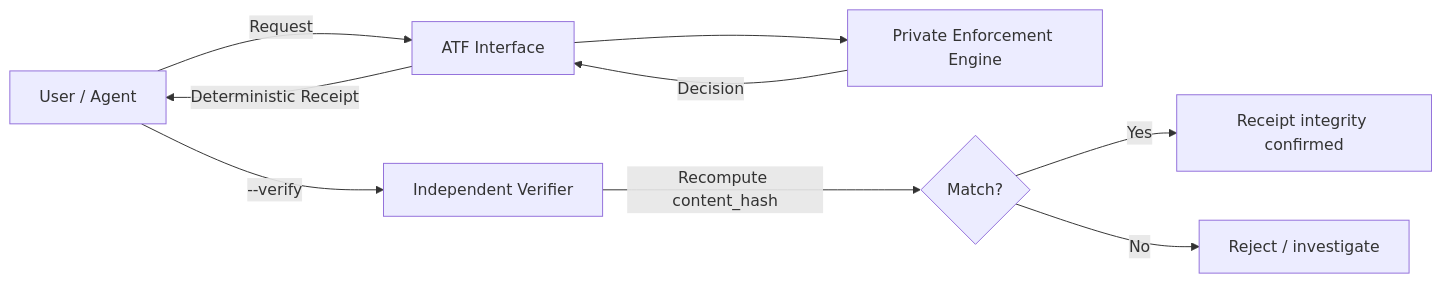
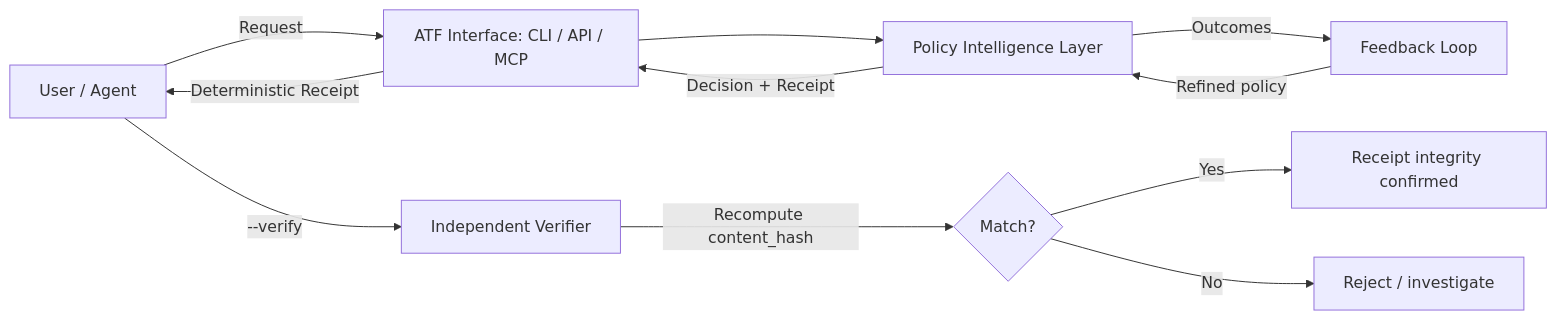
One commit to trucore-ai/atf-spec changed the diagram in spec/architecture.md. Above: the diagram before and after it, drawn with Mermaid. The commit also changed other lines of this file and 7 other files, not shown here.

````diff
--- a/spec/architecture.md
+++ b/spec/architecture.md
@@ -50,11 +57,13 @@
 ```mermaid
 flowchart LR
-  A[User / Agent] -->|Request| B[ATF Interface]
-  B --> C[Private Enforcement Engine]
-  C -->|Decision| B
+  A[User / Agent] -->|Request| B[ATF Interface: CLI / API / MCP]
+  B --> C[Policy Intelligence Layer]
+  C -->|Decision + Receipt| B
   B -->|Deterministic Receipt| A
   A -->|--verify| D[Independent Verifier]
   D -->|Recompute content_hash| E{Match?}
   E -->|Yes| F[Receipt integrity confirmed]
   E -->|No| G[Reject / investigate]
+  C -->|Outcomes| H[Feedback Loop]
+  H -->|Refined policy| C
 ```
````
